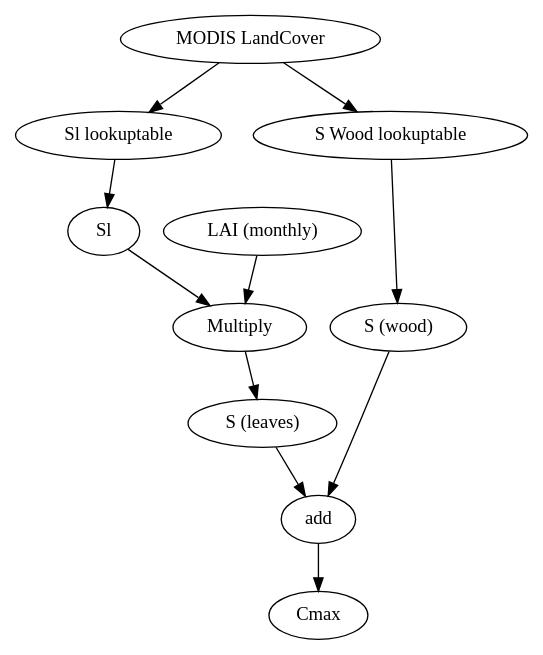
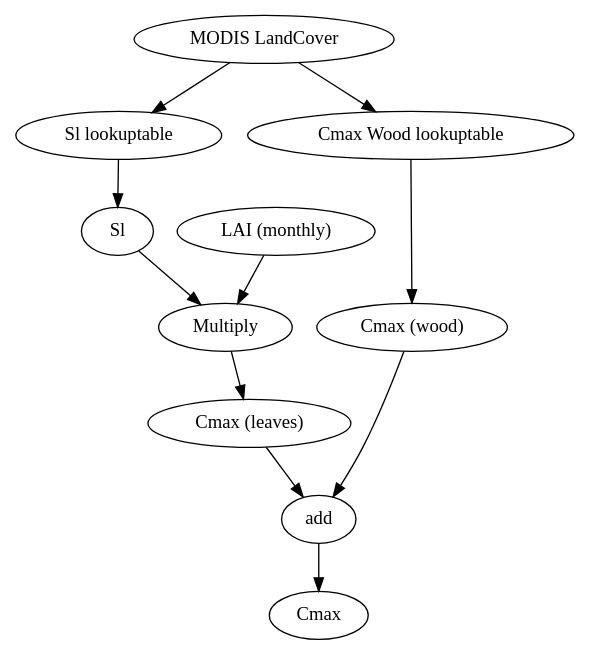
The first of 3 diagrams in doc/wflow_sbm.rst (openstreams/wflow), drawn with Graphviz before and after one commit. The commit also changed other lines of this file and 1 other file, not shown here.

Commit message:
documentation

```diff
--- a/doc/wflow_sbm.rst
+++ b/doc/wflow_sbm.rst
@@ -172,9 +172,9 @@
 .. digraph:: cmax
 
     "MODIS LandCover" -> "Sl lookuptable";
     "Sl lookuptable" -> Sl -> Multiply;
-    "LAI (monthly)" -> Multiply -> "S (leaves)" -> add;
-    "MODIS LandCover" -> "S Wood lookuptable";
-    "S Wood lookuptable" -> "S (wood)";
-    "S (wood)"-> add;
+    "LAI (monthly)" -> Multiply -> "Cmax (leaves)" -> add;
+    "MODIS LandCover" -> "Cmax Wood lookuptable";
+    "Cmax Wood lookuptable" -> "Cmax (wood)";
+    "Cmax (wood)"-> add;
     add -> Cmax;
```
